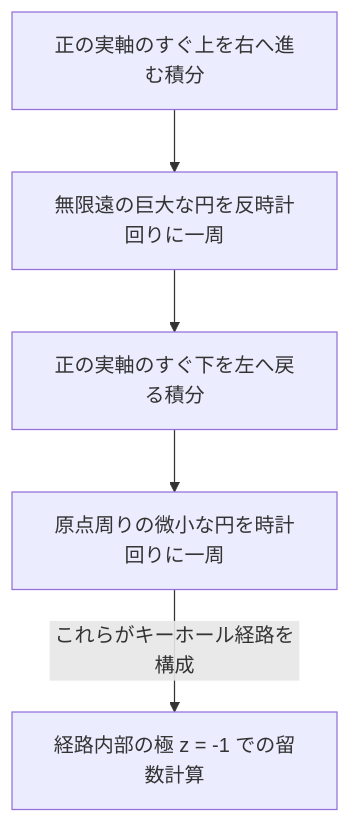
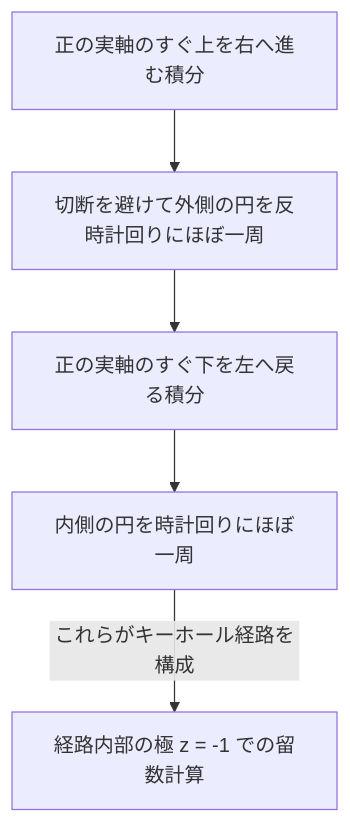
The third of 3 diagrams in content/post/residue-theorem/index.md (kenjinote/blog), drawn with Mermaid before and after one commit. The commit also changed other lines of this file and 8 other files, not shown here.

````diff
--- a/content/post/residue-theorem/index.md
+++ b/content/post/residue-theorem/index.md
@@ -166,7 +167,7 @@
 ```mermaid
 flowchart TD
-    A["正の実軸のすぐ上を右へ進む積分"] --> B["無限遠の巨大な円を反時計回りに一周"]
+    A["正の実軸のすぐ上を右へ進む積分"] --> B["切断を避けて外側の円を反時計回りにほぼ一周"]
     B --> C["正の実軸のすぐ下を左へ戻る積分"]
-    C --> D["原点周りの微小な円を時計回りに一周"]
+    C --> D["内側の円を時計回りにほぼ一周"]
     D -->|"これらがキーホール経路を構成"| E["経路内部の極 z = -1 での留数計算"]
 ```
````
